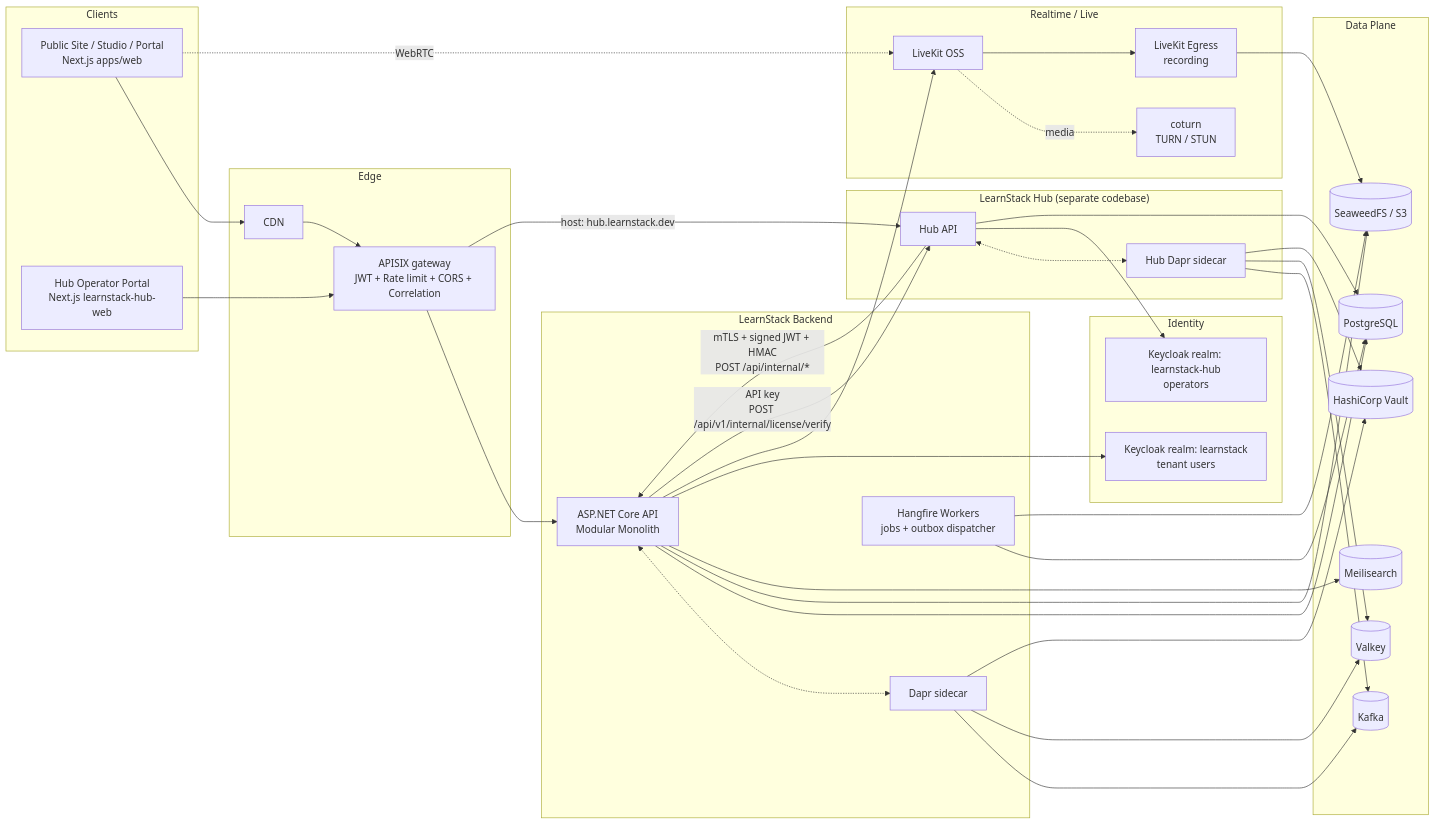
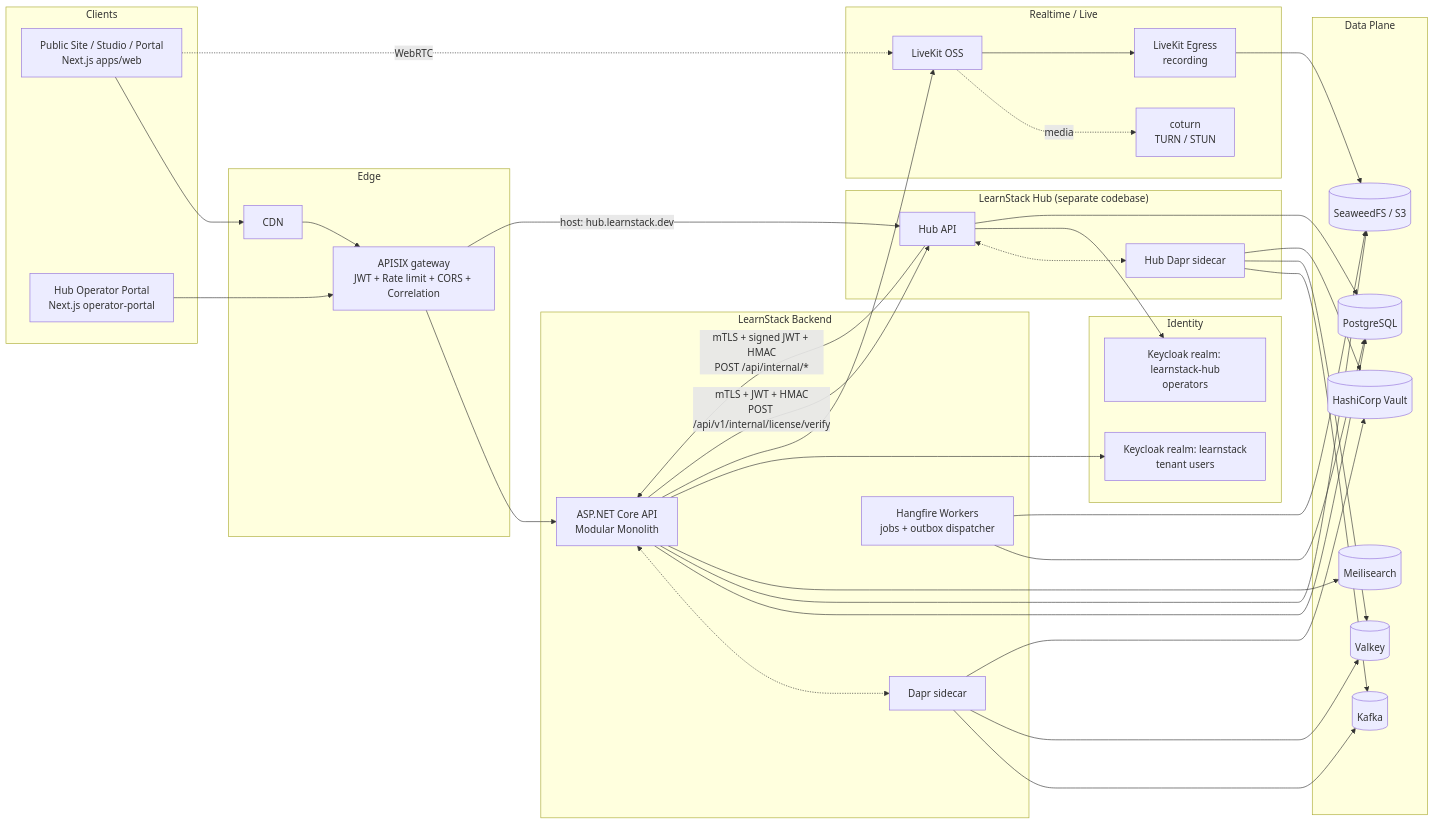
The first of 2 diagrams in docs/architecture/04-technical-architecture.md (HodeTech/LearnStack), drawn with Mermaid before and after one commit. The commit also changed other lines of this file and 97 other files, not shown here.

First line of the commit message:
docs: restructure the roadmap around the one-way-door test, and close 151 audit findings (#9)

````diff
--- a/docs/architecture/04-technical-architecture.md
+++ b/docs/architecture/04-technical-architecture.md
@@ -30,74 +30,74 @@
 ```mermaid
 flowchart LR
   subgraph clients["Clients"]
     web[Public Site / Studio / Portal<br/>Next.js apps/web]
-    hubweb[Hub Operator Portal<br/>Next.js learnstack-hub-web]
+    hubweb[Hub Operator Portal<br/>Next.js operator-portal]
   end
 
   subgraph edge["Edge"]
     cdn[CDN]
     apisix[APISIX gateway<br/>JWT + Rate limit + CORS + Correlation]
   end
 
   subgraph backend["LearnStack Backend"]
     api[ASP.NET Core API<br/>Modular Monolith]
     daprd1[Dapr sidecar]
     workers[Hangfire Workers<br/>jobs + outbox dispatcher]
   end
 
   subgraph hubplane["LearnStack Hub (separate codebase)"]
     hubapi[Hub API]
     daprd2[Hub Dapr sidecar]
   end
 
   subgraph data["Data Plane"]
     pg[(PostgreSQL)]
     redis[(Valkey)]
     seaweedfs[(SeaweedFS / S3)]
     meili[(Meilisearch)]
     kafka[(Kafka)]
     vault[(HashiCorp Vault)]
   end
 
   subgraph realtime["Realtime / Live"]
     lk[LiveKit OSS]
     egress[LiveKit Egress<br/>recording]
     turn[coturn<br/>TURN / STUN]
   end
 
   subgraph identity["Identity"]
     kc_main[Keycloak realm: learnstack<br/>tenant users]
     kc_hub[Keycloak realm: learnstack-hub<br/>operators]
   end
 
   web --> cdn --> apisix --> api
   hubweb --> apisix
   apisix -- "host: hub.learnstack.dev" --> hubapi
   web -. WebRTC .-> lk
   lk -. media .-> turn
 
   api <-.-> daprd1
   daprd1 --> kafka
   daprd1 --> redis
   daprd1 --> vault
 
   hubapi <-.-> daprd2
   daprd2 --> kafka
   daprd2 --> redis
   daprd2 --> vault
 
   api --> pg
   api --> seaweedfs
   api --> meili
   api --> kc_main
   api --> lk
   workers --> pg
   workers --> seaweedfs
   egress --> seaweedfs
   lk --> egress
 
   hubapi -- "mTLS + signed JWT + HMAC<br/>POST /api/internal/*" --> api
-  api -- "API key<br/>POST /api/v1/internal/license/verify" --> hubapi
+  api -- "mTLS + JWT + HMAC<br/>POST /api/v1/internal/license/verify" --> hubapi
   hubapi --> kc_hub
   hubapi --> pg
 ```
````
